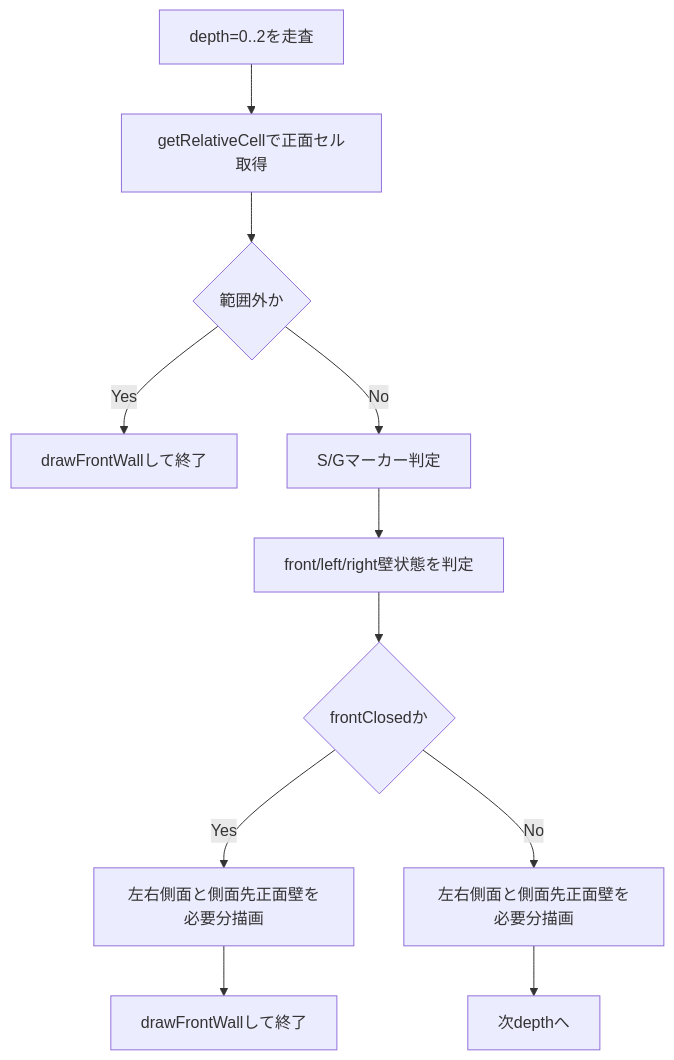
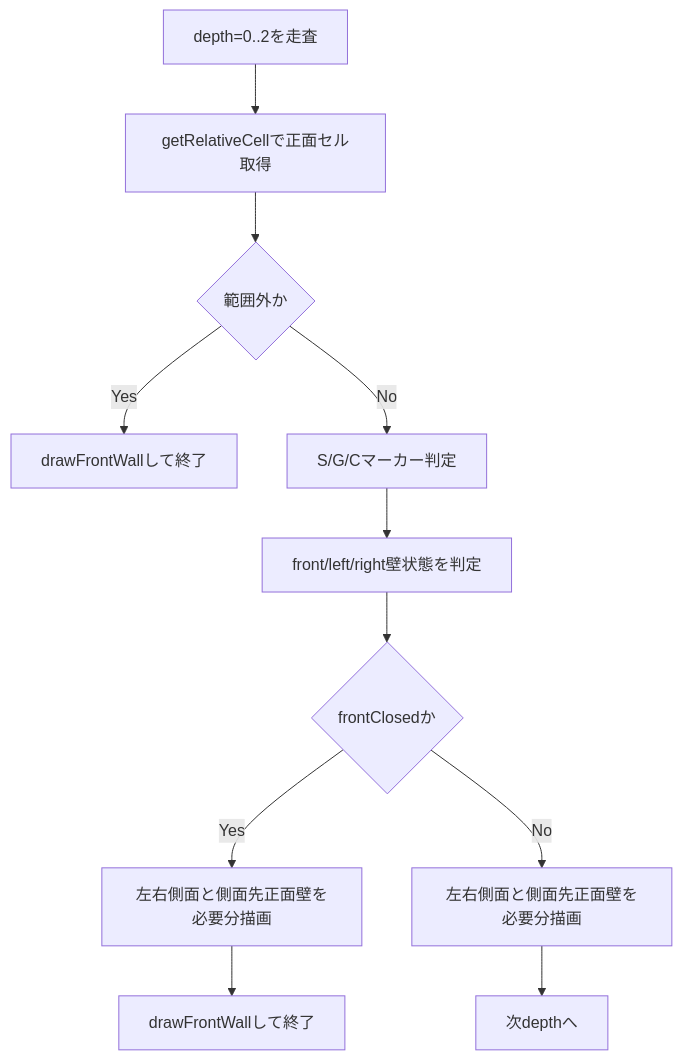
Before and after one commit to hollyteds/maze: the second of 2 diagrams in docs/maze-architecture.md, drawn with Mermaid. The commit also changed other lines of this file and 8 other files, not shown here.

````diff
--- a/docs/maze-architecture.md
+++ b/docs/maze-architecture.md
@@ -56,13 +63,13 @@
 ```mermaid
 flowchart TD
   A[depth=0..2を走査] --> B[getRelativeCellで正面セル取得]
   B --> C{範囲外か}
   C -->|Yes| D[drawFrontWallして終了]
-  C -->|No| E[S/Gマーカー判定]
+  C -->|No| E[S/G/Cマーカー判定]
   E --> F[front/left/right壁状態を判定]
   F --> G{frontClosedか}
   G -->|Yes| H[左右側面と側面先正面壁を必要分描画]
   H --> I[drawFrontWallして終了]
   G -->|No| J[左右側面と側面先正面壁を必要分描画]
   J --> K[次depthへ]
 ```
````
